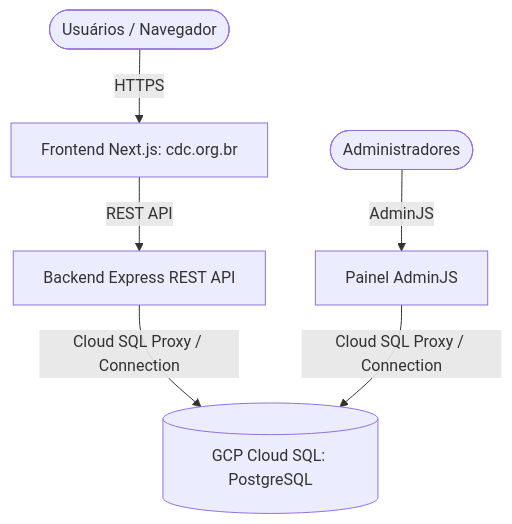
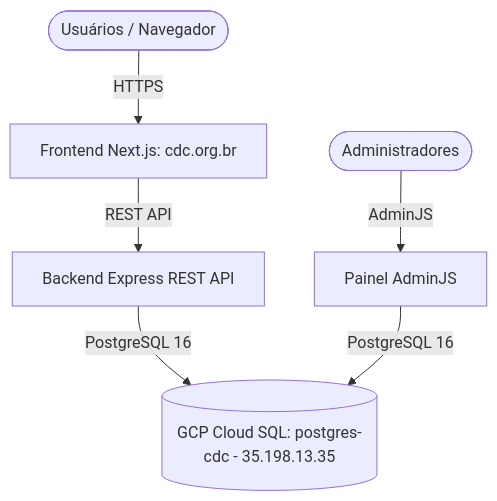
Before and after one commit to cdc-org-2025/site-cdc: the first of 2 diagrams in docs/inquerito_migracao_gcp_hostinger.md, drawn with Mermaid. The commit also changed other lines of this file, not shown here.

Commit message:
docs: registra instancia oficial de banco de dados Cloud SQL postgres-cdc

````diff
--- a/docs/inquerito_migracao_gcp_hostinger.md
+++ b/docs/inquerito_migracao_gcp_hostinger.md
@@ -12,9 +12,9 @@
 ```mermaid
 graph TD
     User([Usuários / Navegador]) -->|HTTPS| Frontend[Frontend Next.js: cdc.org.br]
     Admin([Administradores]) -->|AdminJS| CloudRunAdmin[Painel AdminJS]
     Frontend -->|REST API| CloudRunBE[Backend Express REST API]
     
-    CloudRunBE -->|Cloud SQL Proxy / Connection| CloudSQL[(GCP Cloud SQL: PostgreSQL)]
-    CloudRunAdmin -->|Cloud SQL Proxy / Connection| CloudSQL
+    CloudRunBE -->|PostgreSQL 16| CloudSQL[(GCP Cloud SQL: postgres-cdc - 35.198.13.35)]
+    CloudRunAdmin -->|PostgreSQL 16| CloudSQL
 ```
````
